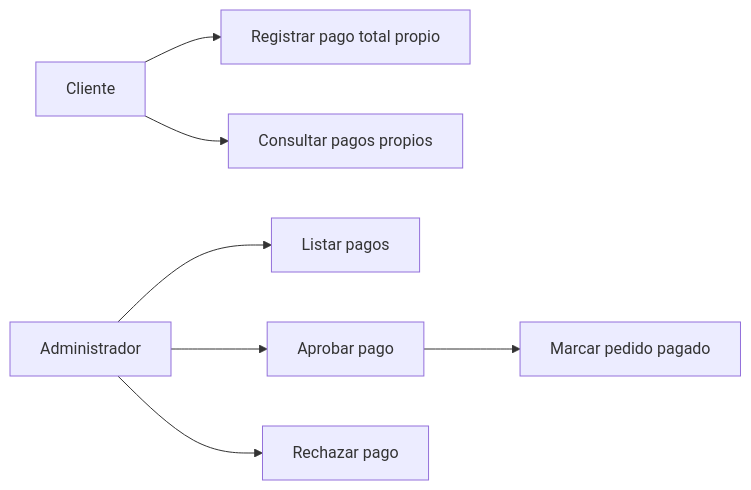
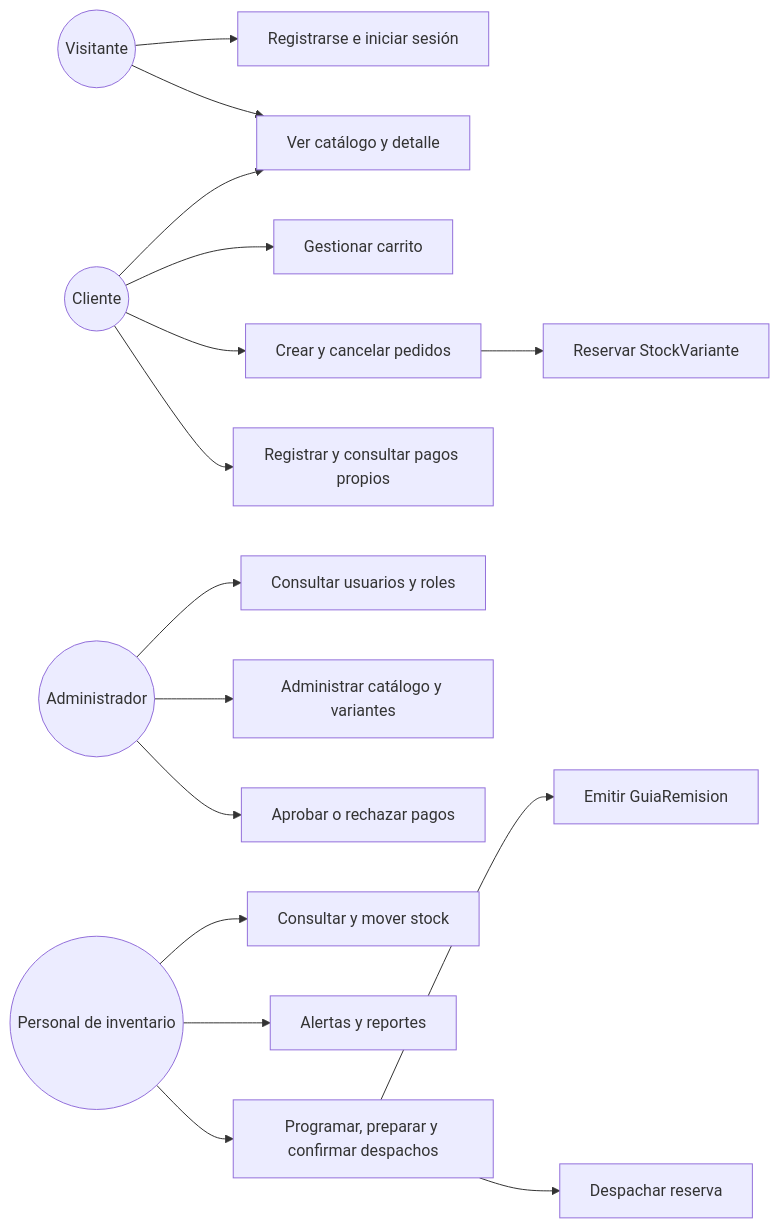
One commit to javierRock/SoftwareTextil changed the first of 4 diagrams in README.md. Above: the diagram before and after it, drawn with Mermaid. The commit also changed other lines of this file and 2 other files, not shown here.

````diff
--- a/README.md
+++ b/README.md
@@ -253,9 +88,18 @@
 ```mermaid
 flowchart LR
-    Cliente --> Registrar[Registrar pago total propio]
-    Cliente --> Consultar[Consultar pagos propios]
-    Administrador --> Listar[Listar pagos]
-    Administrador --> Aprobar[Aprobar pago]
-    Administrador --> Rechazar[Rechazar pago]
-    Aprobar --> Pedido[Marcar pedido pagado]
+    Visitante((Visitante)) --> Registro[Registrarse e iniciar sesión]
+    Visitante --> Catalogo[Ver catálogo y detalle]
+    Cliente((Cliente)) --> Catalogo
+    Cliente --> Carrito[Gestionar carrito]
+    Cliente --> Pedido[Crear y cancelar pedidos]
+    Cliente --> Pago[Registrar y consultar pagos propios]
+    Admin((Administrador)) --> Usuarios[Consultar usuarios y roles]
+    Admin --> CatalogoAdmin[Administrar catálogo y variantes]
+    Admin --> PagoAdmin[Aprobar o rechazar pagos]
+    Personal((Personal de inventario)) --> Stock[Consultar y mover stock]
+    Personal --> Reportes[Alertas y reportes]
+    Personal --> Despachos[Programar, preparar y confirmar despachos]
+    Pedido --> Reserva[Reservar StockVariante]
+    Despachos --> Guia[Emitir GuiaRemision]
+    Despachos --> Salida[Despachar reserva]
 ```
````
